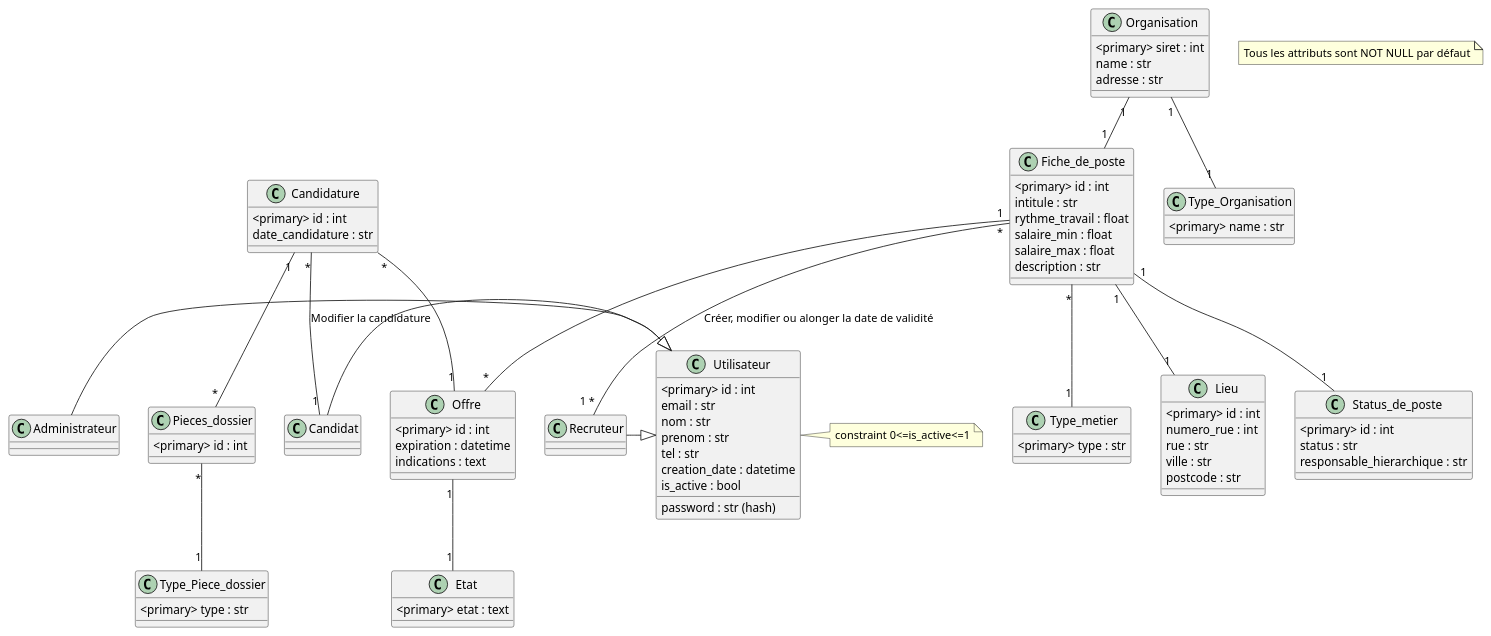
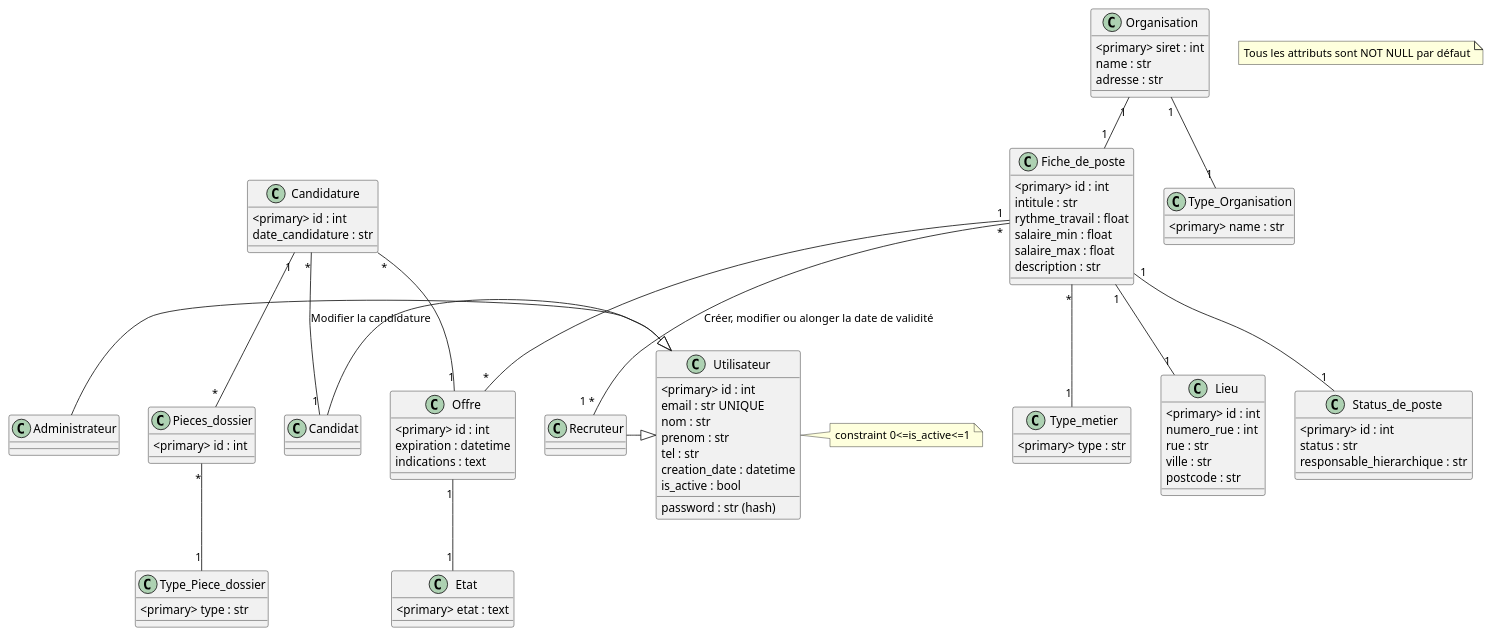
The diagram in TD1/UML.puml (alexandreeberhardt/SR10_Website), drawn with PlantUML before and after one commit.

Commit message:
Update UML.puml add UNIQUE to Utilisateur.email

```diff
--- a/TD1/UML.puml
+++ b/TD1/UML.puml
@@ -1,108 +1,108 @@
 @startuml
 note "Tous les attributs sont NOT NULL par défaut" as note
 
 
 class Utilisateur{
   <primary> id : int
-  email : str
+  email : str UNIQUE
   password : str (hash)
   nom : str
   prenom : str
   tel : str
   creation_date : datetime
   is_active : bool
 }
 note right
   constraint 0<=is_active<=1
 end note
 
 class Administrateur{
 }
 
 class Candidat{
 }
 class Recruteur{
 }
 
 
 
 class Type_Organisation{
   <primary> name : str
 }
 
 class Organisation{
   <primary> siret : int
   name : str
   adresse : str
 }
 
 class Etat{
   <primary> etat : text
 }
 
 class Offre{
   <primary> id : int
   expiration : datetime
   indications : text
 }
 
 class Fiche_de_poste{
   <primary> id : int
   intitule : str
   rythme_travail : float
   salaire_min : float
   salaire_max : float
   description : str
 }
 
 class Status_de_poste{
   <primary> id : int
   status : str
   responsable_hierarchique : str
 }
 class Type_metier{
   <primary> type : str
 }
 
 class Lieu{
   <primary> id : int
   numero_rue : int
   rue : str
   ville : str
   postcode : str 
 }
 
 class Candidature{
   <primary> id : int
   date_candidature : str
 
 }
 
 class Pieces_dossier{
   <primary> id : int
 }
 
 class Type_Piece_dossier{
   <primary> type : str
 }
 
 Pieces_dossier "*" -- "1" Type_Piece_dossier
 
 Fiche_de_poste "*" -- "1" Type_metier
 
 Candidature "*" -- "1" Candidat : "Modifier la candidature"
 Candidature "*" -- "1" Offre
 Candidature "1" -- "*" Pieces_dossier
 Offre "1" -- "1" Etat
 Administrateur -|> Utilisateur
 Recruteur -|> Utilisateur
 Candidat -|> Utilisateur
 Organisation "1" -- "1" Type_Organisation
 Organisation "1" -- "1" Fiche_de_poste
 Fiche_de_poste "1" -- "*" Offre 
 Fiche_de_poste "1" -- "1" Status_de_poste 
 Fiche_de_poste "1" -- "1" Lieu 
 Fiche_de_poste "*" -- "1 *" Recruteur : "Créer, modifier ou alonger la date de validité"
 
 
 @enduml
```
